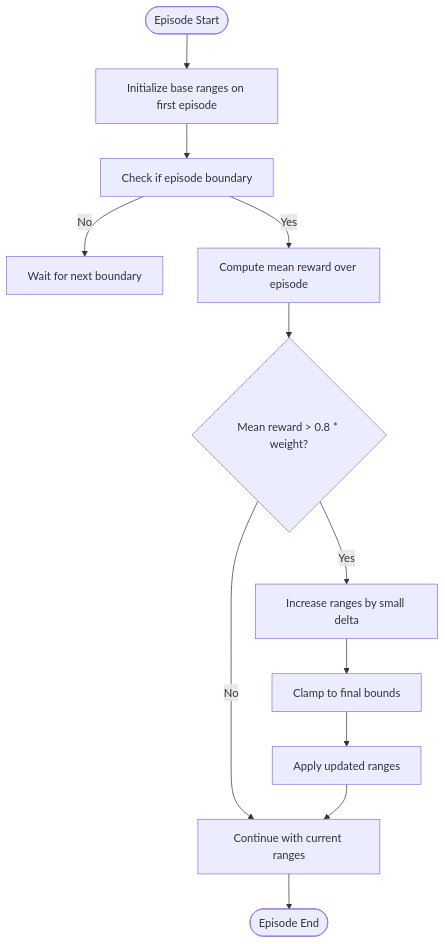
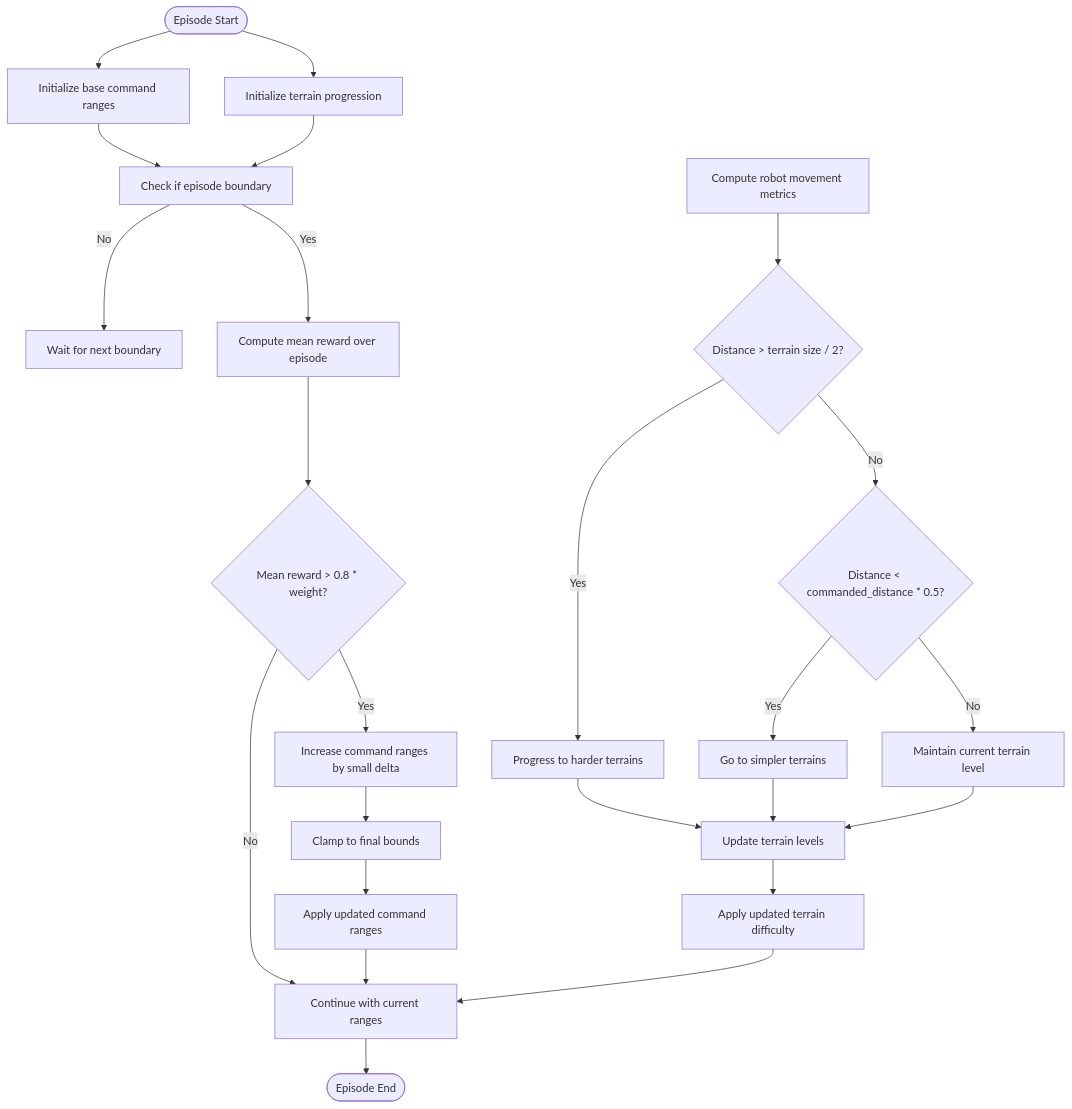
The third of 4 diagrams in .qoder/repowiki/en/content/Advanced Features/Curriculum Learning Framework.md (jayjayhust/robot_lab), drawn with Mermaid before and after one commit. The commit also changed other lines of this file and 168 other files, not shown here.

````diff
--- a/.qoder/repowiki/en/content/Advanced Features/Curriculum Learning Framework.md
+++ b/.qoder/repowiki/en/content/Advanced Features/Curriculum Learning Framework.md
@@ -131,14 +153,27 @@
 ```mermaid
 flowchart TD
-Start(["Episode Start"]) --> Init["Initialize base ranges on first episode"]
-Init --> CheckStep["Check if episode boundary"]
+Start(["Episode Start"]) --> InitCmd["Initialize base command ranges"]
+Start --> InitTerr["Initialize terrain progression"]
+InitCmd --> CheckStep["Check if episode boundary"]
+InitTerr --> CheckStep
 CheckStep --> |No| Wait["Wait for next boundary"]
-CheckStep --> |Yes| Compute["Compute mean reward over episode"]
-Compute --> Threshold{"Mean reward > 0.8 * weight?"}
+CheckStep --> |Yes| ComputeCmd["Compute mean reward over episode"]
+ComputeCmd --> Threshold{"Mean reward > 0.8 * weight?"}
 Threshold --> |No| Continue["Continue with current ranges"]
-Threshold --> |Yes| Update["Increase ranges by small delta"]
-Update --> Clamp["Clamp to final bounds"]
-Clamp --> Apply["Apply updated ranges"]
-Apply --> Continue
+Threshold --> |Yes| UpdateCmd["Increase command ranges by small delta"]
+UpdateCmd --> ClampCmd["Clamp to final bounds"]
+ClampCmd --> ApplyCmd["Apply updated command ranges"]
+ComputeTerr["Compute robot movement metrics"]
+ComputeTerr --> MoveUp{"Distance > terrain size / 2?"}
+MoveUp --> |Yes| Harder["Progress to harder terrains"]
+MoveUp --> |No| MoveDown{"Distance < commanded_distance * 0.5?"}
+MoveDown --> |Yes| Simpler["Go to simpler terrains"]
+MoveDown --> |No| Maintain["Maintain current terrain level"]
+Harder --> UpdateTerr["Update terrain levels"]
+Simpler --> UpdateTerr
+Maintain --> UpdateTerr
+UpdateTerr --> ApplyTerr["Apply updated terrain difficulty"]
+ApplyCmd --> Continue
+ApplyTerr --> Continue
 Continue --> End(["Episode End"])
 ```
````
